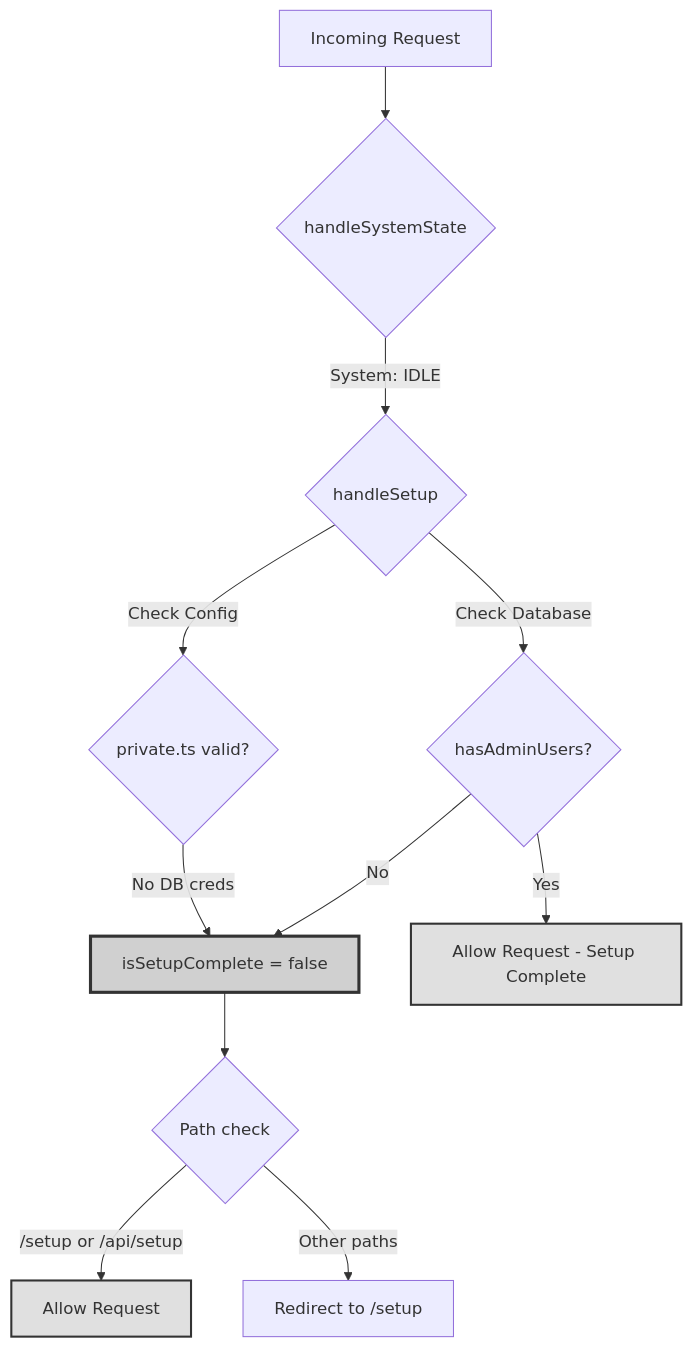
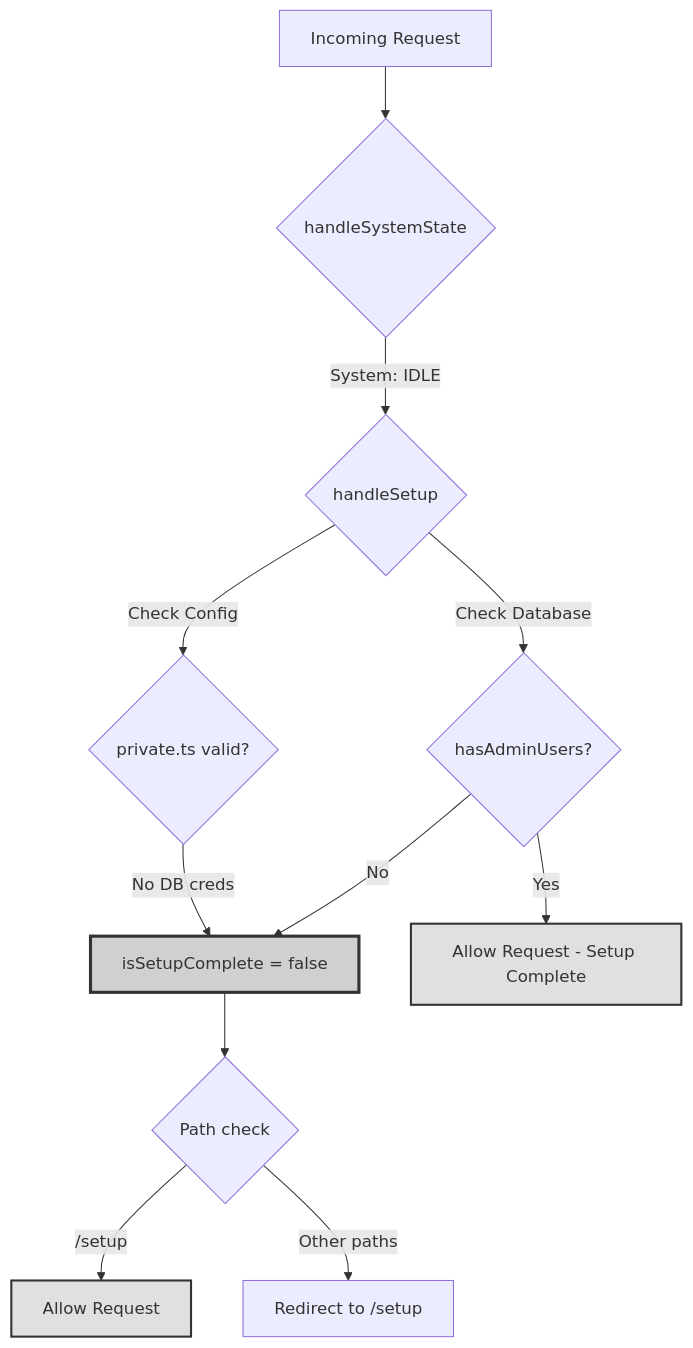
One commit to SveltyCMS/SveltyCMS changed the fifth of 9 diagrams in docs/architecture/initialization-workflow.mdx. Above: the diagram before and after it, drawn with Mermaid. The commit also changed other lines of this file and 90 other files, not shown here.

````diff
--- a/docs/architecture/initialization-workflow.mdx
+++ b/docs/architecture/initialization-workflow.mdx
@@ -691,20 +689,20 @@
 ```mermaid
 flowchart TB
     A[Incoming Request] --> B{handleSystemState}
     B -->|System: IDLE| C{handleSetup}
 
     C -->|Check Config| D{private.ts valid?}
     D -->|No DB creds| E[isSetupComplete = false]
 
     E --> F{Path check}
-    F -->|/setup or /api/setup| G[Allow Request]
+    F -->|/setup| G[Allow Request]
     F -->|Other paths| H[Redirect to /setup]
 
     C -->|Check Database| I{hasAdminUsers?}
     I -->|No| E
     I -->|Yes| J[Allow Request - Setup Complete]
 
     style E fill:#d0d0d0,stroke:#333,stroke-width:3px
     style G fill:#e0e0e0,stroke:#333,stroke-width:2px
     style J fill:#e0e0e0,stroke:#333,stroke-width:2px
 ```
````
